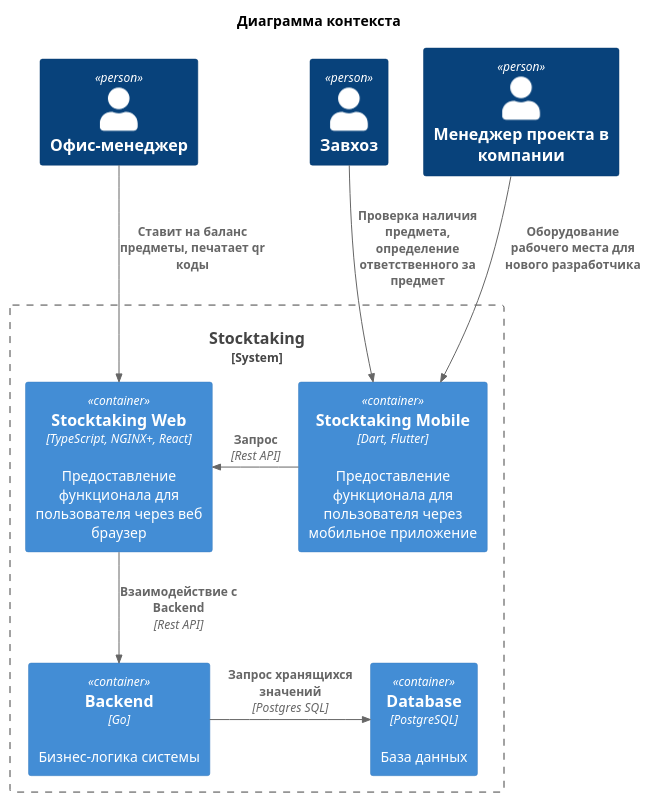
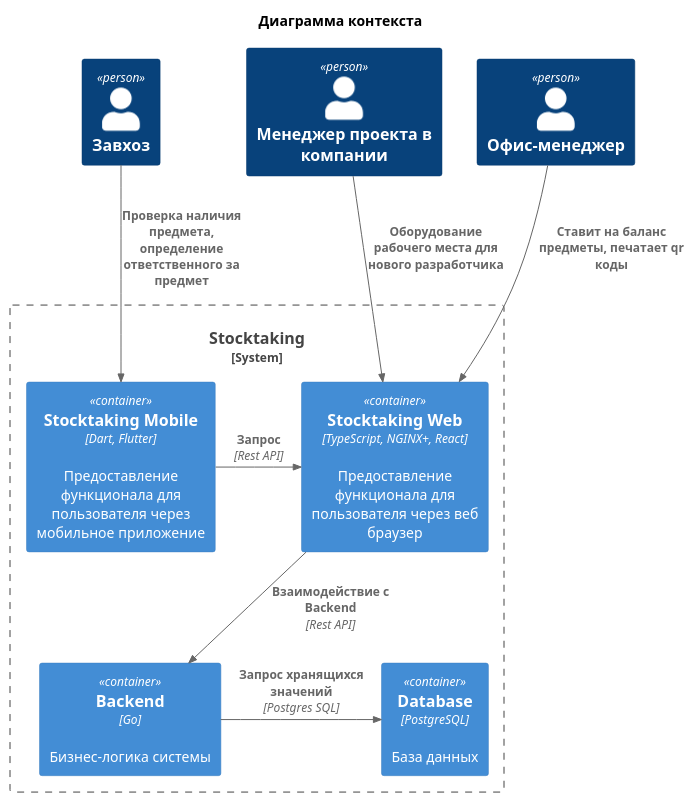
One commit to ps-shpak/stocktakingapp changed the diagram in docs/diagrams/containers.puml. Above: the diagram before and after it, drawn with PlantUML.

Commit message:
Поправленна диаграмма контейнеров

```diff
--- a/docs/diagrams/containers.puml
+++ b/docs/diagrams/containers.puml
@@ -1,27 +1,27 @@
 @startuml
 !includeurl https://raw.githubusercontent.com/RicardoNiepel/C4-PlantUML/release/1-0/C4_Container.puml
 
 title Диаграмма контекста
 
 'Person(leader, "Руководитель")
 Person(office_manager, "Офис-менеджер")
 Person(supply_manager, "Завхоз")
 Person(project_manager_in_the_company, "Менеджер проекта в компании")
 
 System_Boundary(Stocktaking, "Stocktaking") {
     Container(Web, "Stocktaking Web", "TypeScript, NGINX+, React", "Предоставление функционала для пользователя через веб браузер")
     Container(Mobile, "Stocktaking Mobile", "Dart, Flutter", "Предоставление функционала для пользователя через мобильное приложение")
     Container(Backend, "Backend", "Go", "Бизнес-логика системы")
     Container(Database, "Database", "PostgreSQL", "База данных")    
 
     Rel_R(Mobile, Web, "Запрос", "Rest API")
     Rel(Web, Backend, "Взаимодействие с Backend", "Rest API")
     Rel_R(Backend, Database, "Запрос хранящихся значений", "Postgres SQL")
 }
 
 'Rel(leader, Mobile, "Руководит")
 Rel(office_manager, Web, "Ставит на баланс предметы, печатает qr коды")
 Rel(supply_manager, Mobile, "Проверка наличия предмета, определение ответственного за предмет")
-Rel(project_manager_in_the_company, Mobile, "Оборудование рабочего места для нового разработчика")
+Rel(project_manager_in_the_company, Web, "Оборудование рабочего места для нового разработчика")
 
 @enduml
```
